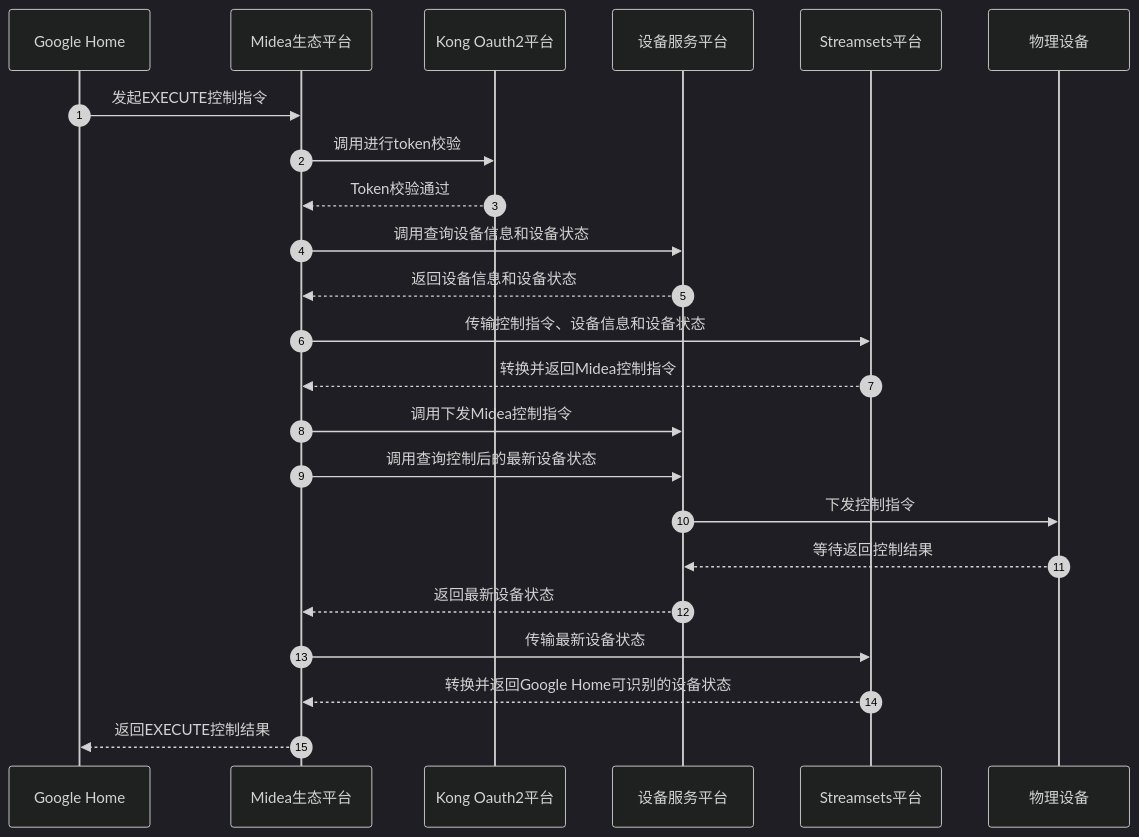
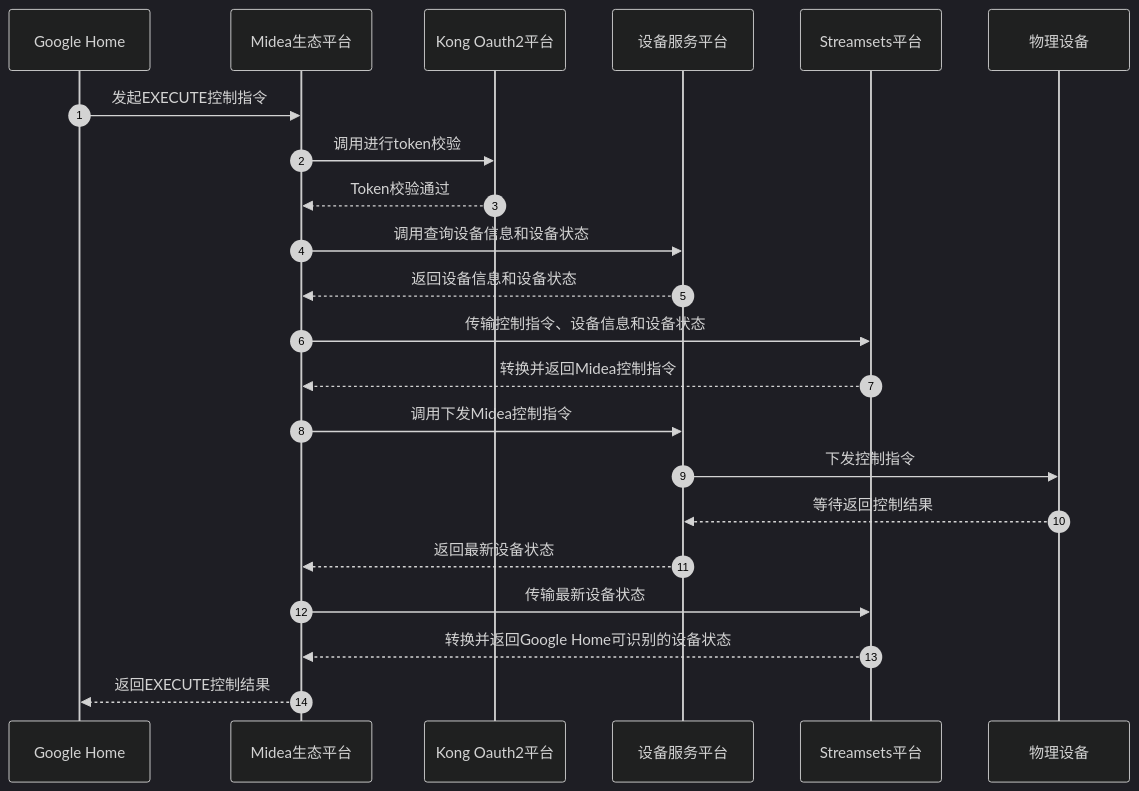
One commit to ixiaoyang8/iodraw-files changed the diagram in all/google home调用链路.md. Above: the diagram before and after it, drawn with Mermaid (dark theme).

Commit message:
2026-06-11 11:39:58 update

````diff
--- a/all/google home调用链路.md
+++ b/all/google home调用链路.md
@@ -1,28 +1,27 @@
 ```mermaid
 sequenceDiagram
     autonumber
     participant GoogleHome as Google Home
     participant MideaEco as Midea生态平台
     participant KongOAuth as Kong Oauth2平台
     participant DevService as 设备服务平台
     participant Streamsets as Streamsets平台
     participant Device as 物理设备
     
 
     GoogleHome->>MideaEco: 发起EXECUTE控制指令
     MideaEco->>KongOAuth: 调用进行token校验
     KongOAuth-->>MideaEco: Token校验通过
     MideaEco->>DevService: 调用查询设备信息和设备状态
     DevService-->>MideaEco: 返回设备信息和设备状态
     MideaEco->>Streamsets: 传输控制指令、设备信息和设备状态
     Streamsets-->>MideaEco: 转换并返回Midea控制指令
     MideaEco->>DevService: 调用下发Midea控制指令
-    MideaEco->>DevService: 调用查询控制后的最新设备状态
     DevService->>Device: 下发控制指令
     Device-->>DevService: 等待返回控制结果
     DevService-->>MideaEco: 返回最新设备状态
     MideaEco->>Streamsets: 传输最新设备状态
     Streamsets-->>MideaEco: 转换并返回Google Home可识别的设备状态
     MideaEco-->>GoogleHome: 返回EXECUTE控制结果
 
 ```
````
